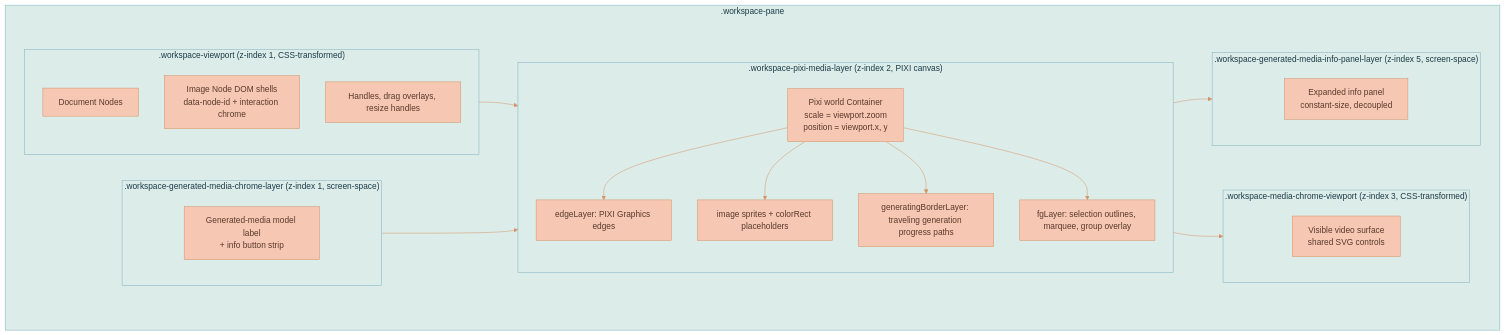
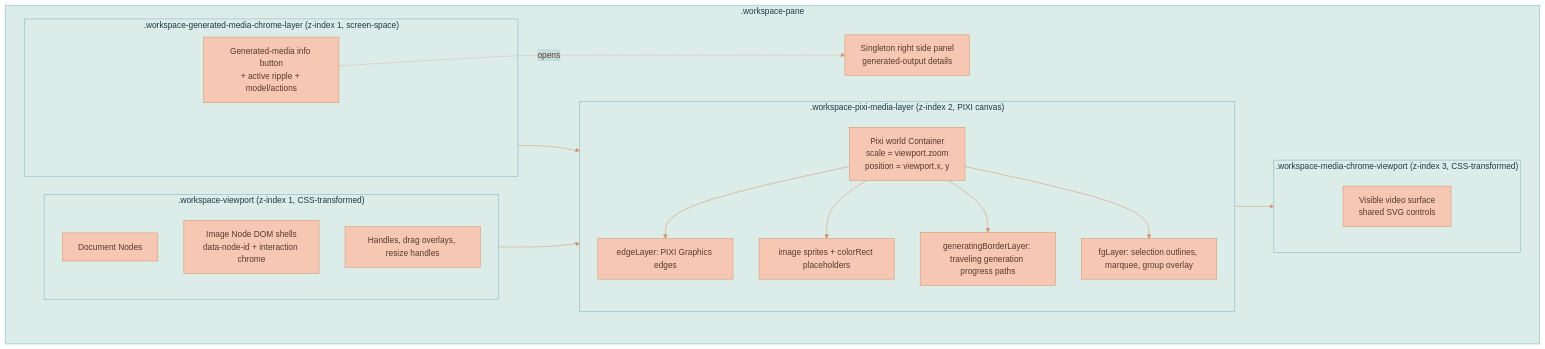
One commit to Lixpi/lixpi changed the first of 3 diagrams in documentation/canvas/RENDERING-ENGINE.md. Above: the diagram before and after it, drawn with Mermaid. The commit also changed other lines of this file and 12 other files, not shown here.

````diff
--- a/documentation/canvas/RENDERING-ENGINE.md
+++ b/documentation/canvas/RENDERING-ENGINE.md
@@ -104,36 +104,34 @@
 ```mermaid
 %%{init: {'theme': 'base', 'themeVariables': { 'primaryColor': '#F6C7B3', 'primaryTextColor': '#5a3a2a', 'primaryBorderColor': '#d4956a', 'secondaryColor': '#C3DEDD', 'secondaryTextColor': '#1a3a47', 'secondaryBorderColor': '#4a8a9d', 'tertiaryColor': '#DCECE9', 'tertiaryTextColor': '#1a3a47', 'tertiaryBorderColor': '#82B2C0', 'lineColor': '#d4956a', 'textColor': '#5a3a2a'}}}%%
 flowchart TB
     subgraph Pane[".workspace-pane"]
         subgraph Viewport[".workspace-viewport (z-index 1, CSS-transformed)"]
             DOC[Document Nodes]
             IMG_DOM[Image Node DOM shells<br/>data-node-id + interaction chrome]
             HANDLE[Handles, drag overlays, resize handles]
         end
         subgraph PixiCanvas[".workspace-pixi-media-layer (z-index 2, PIXI canvas)"]
             WORLD[Pixi world Container<br/>scale = viewport.zoom<br/>position = viewport.x, y]
             EDGE_PIXI[edgeLayer: PIXI Graphics edges]
             IMG_SPR[image sprites + colorRect placeholders]
             GEN_BORDER[generatingBorderLayer: traveling generation progress paths]
             FG[fgLayer: selection outlines, marquee, group overlay]
         end
         subgraph MediaChromeViewport[".workspace-media-chrome-viewport (z-index 3, CSS-transformed)"]
             VIDEO_CHROME[Visible video surface<br/>shared SVG controls]
         end
         subgraph GeneratedChrome[".workspace-generated-media-chrome-layer (z-index 1, screen-space)"]
-            IMG_CHROME[Generated-media model label<br/>+ info button strip]
+            IMG_CHROME[Generated-media info button<br/>+ active ripple + model/actions]
         end
-        subgraph InfoPanelLayer[".workspace-generated-media-info-panel-layer (z-index 5, screen-space)"]
-            INFO_PANEL[Expanded info panel<br/>constant-size, decoupled]
-        end
+        RIGHT_PANEL[Singleton right side panel<br/>generated-output details]
     end
 
     Viewport --> PixiCanvas
     WORLD --> EDGE_PIXI
     WORLD --> IMG_SPR
     WORLD --> GEN_BORDER
     WORLD --> FG
     GeneratedChrome --> PixiCanvas
     PixiCanvas --> MediaChromeViewport
-    PixiCanvas --> InfoPanelLayer
+    IMG_CHROME -. opens .-> RIGHT_PANEL
 ```
````
